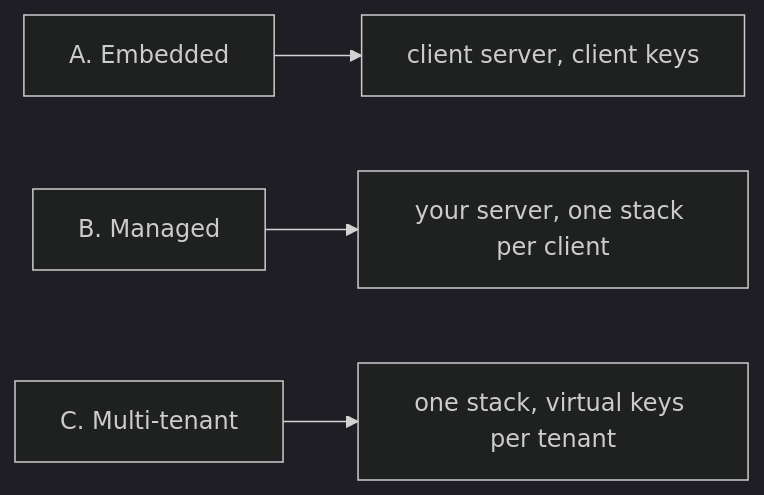
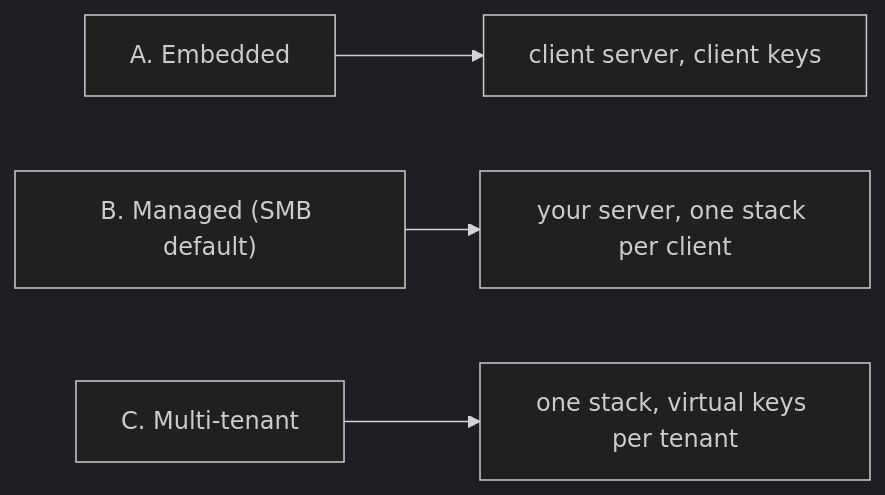
One commit to calionauta/turvez changed the fifth of 8 diagrams in docs/workflows.md. Above: the diagram before and after it, drawn with Mermaid (dark theme). The commit also changed other lines of this file and 46 other files, not shown here.

````diff
--- a/docs/workflows.md
+++ b/docs/workflows.md
@@ -65,6 +95,6 @@
 ```mermaid
 flowchart LR
     A["A. Embedded"] --> A1["client server, client keys"]
-    B["B. Managed"] --> B1["your server, one stack per client"]
+    B["B. Managed (SMB default)"] --> B1["your server, one stack per client"]
     C["C. Multi-tenant"] --> C1["one stack, virtual keys per tenant"]
 ```
````
